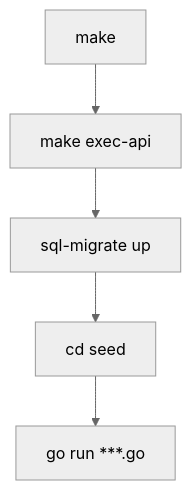
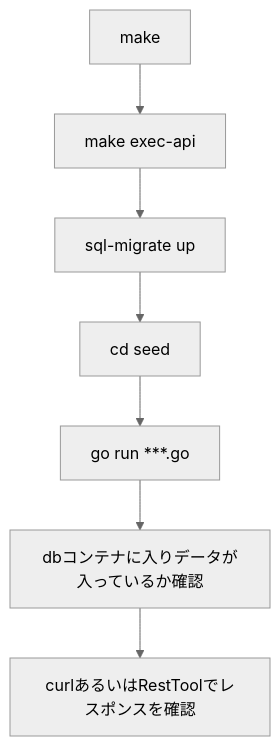
One commit to ayumi-sk2720/animal_healthcare_app changed the second of 2 diagrams in README.md. Above: the diagram before and after it, drawn with Mermaid (neutral theme). The commit also changed other lines of this file, not shown here.

````diff
--- a/README.md
+++ b/README.md
@@ -58,7 +60,9 @@
 ```mermaid
 flowchart TD
     a[make]  --> b[make exec-api]
     b --> c[sql-migrate up]
     c --> d[cd seed]
     d --> e[go run ***.go]
+    e --> f[dbコンテナに入りデータが入っているか確認]
+    f --> g[curlあるいはRestToolでレスポンスを確認]
 ```
````
